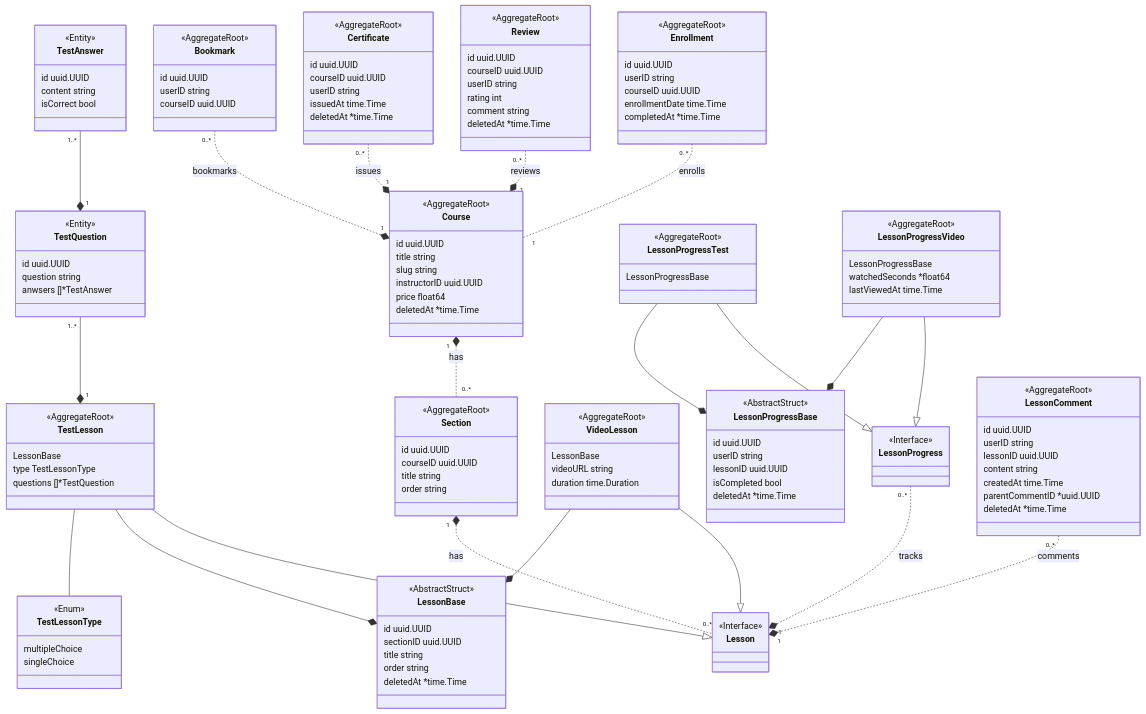
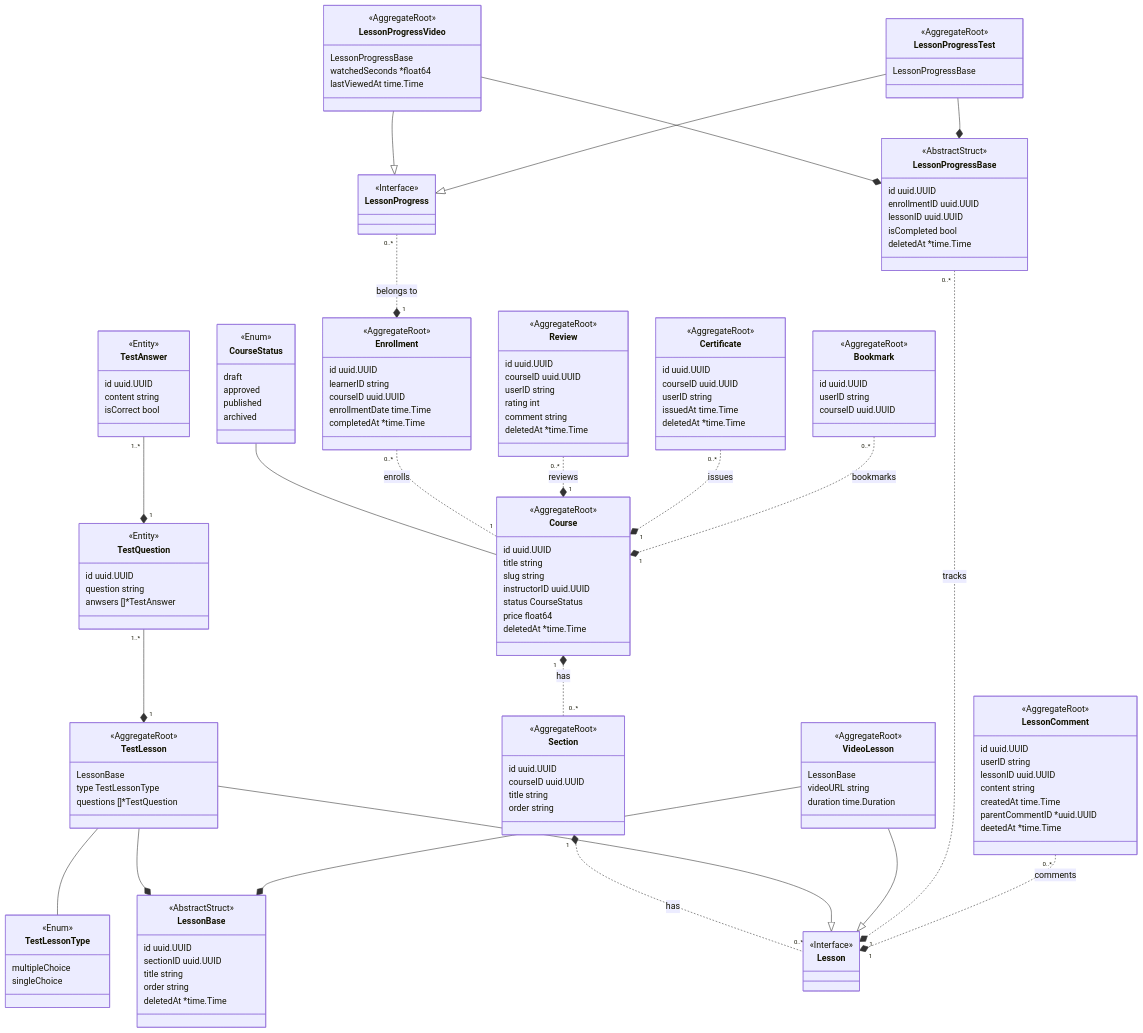
One commit to egolia-uit/egolia changed the first of 3 diagrams in docs/src/references/logic-diagram/course.md. Above: the diagram before and after it, drawn with Mermaid. The commit also changed other lines of this file and 3 other files, not shown here.

````diff
--- a/docs/src/references/logic-diagram/course.md
+++ b/docs/src/references/logic-diagram/course.md
@@ -24,12 +16,12 @@
 ```mermaid
 classDiagram
-    %% class CourseStatus {
-    %%     <<Enum>>
-    %%     draft
-    %%     approved
-    %%     published
-    %%     archived
-    %% }
+    class CourseStatus {
+        <<Enum>>
+        draft
+        approved
+        published
+        archived
+     }
 
     class Course {
         <<AggregateRoot>>
@@ -37,7 +29,7 @@
         title string
         slug string
         instructorID uuid.UUID
-        %% status CourseStatus
+        status CourseStatus
         price float64
         deletedAt *time.Time
     }
@@ -100,7 +92,7 @@
     class Enrollment {
         <<AggregateRoot>>
         id uuid.UUID
-        userID string
+        learnerID string
         courseID uuid.UUID
         enrollmentDate time.Time
         completedAt *time.Time
@@ -113,7 +105,7 @@
     class LessonProgressBase {
         <<AbstractStruct>>
         id uuid.UUID
-        userID string
+        enrollmentID uuid.UUID
         lessonID uuid.UUID
         isCompleted bool
         deletedAt *time.Time
@@ -139,7 +131,7 @@
         content string
         createdAt time.Time
         parentCommentID *uuid.UUID
-        deletedAt *time.Time
+        deetedAt *time.Time
     }
 
     class Review {
@@ -168,6 +160,7 @@
         courseID uuid.UUID
     }
 
+    CourseStatus -- Course
     Course "1" *.. "0..*" Section : has
     Section "1" *.. "0..*" Lesson : has
     TestLesson --|> Lesson
@@ -182,7 +175,8 @@
     LessonProgressVideo --* LessonProgressBase
     LessonProgressTest --|> LessonProgress
     LessonProgressTest --* LessonProgressBase
-    LessonProgress "0..*" ..* "1" Lesson : tracks
+    LessonProgressBase "0..*" ..* "1" Lesson : tracks
+    LessonProgress "0..*" ..* "1" Enrollment : belongs to
     Review "0..*" ..* "1" Course : reviews
     LessonComment "0..*" ..* "1" Lesson : comments
     Certificate "0..*" ..* "1" Course : issues
````
